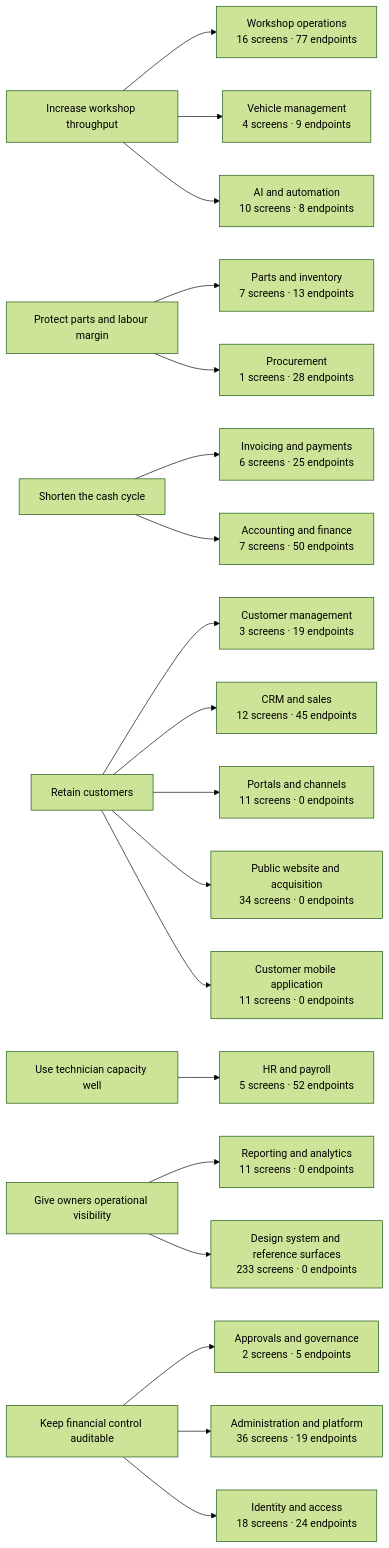
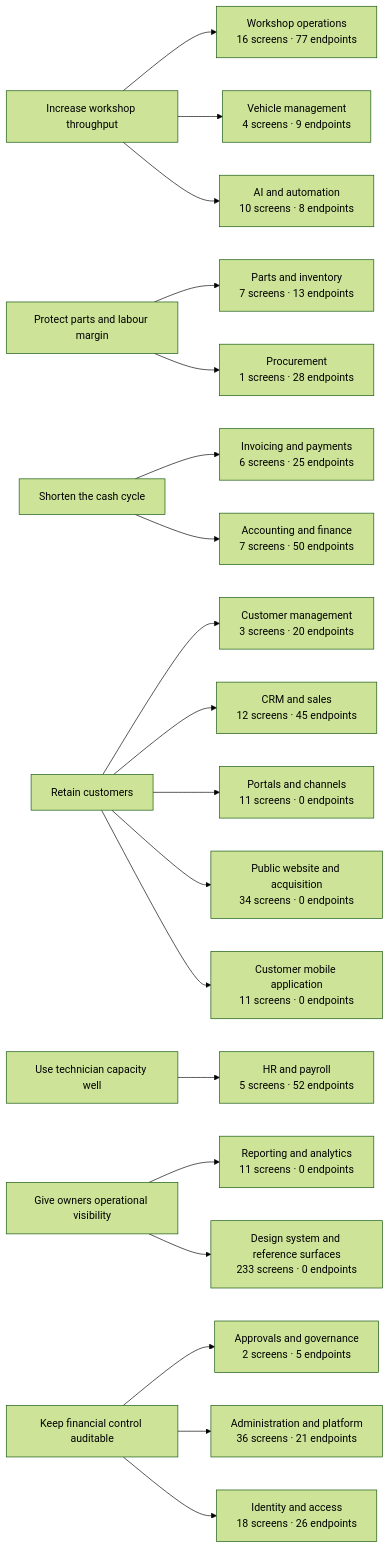
Before and after one commit to tazamohd/SlClNe: the diagram in docs/07_BUSINESS_ANALYSIS/BUSINESS_CAPABILITY_MAP.md, drawn with Mermaid (forest theme). The commit also changed other lines of this file and 46 other files, not shown here.

First line of the commit message:
Add garage-employee and customer-portal-access account creation (Phase A/B)

````diff
--- a/docs/07_BUSINESS_ANALYSIS/BUSINESS_CAPABILITY_MAP.md
+++ b/docs/07_BUSINESS_ANALYSIS/BUSINESS_CAPABILITY_MAP.md
@@ -22,46 +22,46 @@
 ```mermaid
 flowchart LR
   OBJ_THROUGHPUT["Increase workshop throughput"]
   OBJ_MARGIN["Protect parts and labour margin"]
   OBJ_CASH["Shorten the cash cycle"]
   OBJ_RETENTION["Retain customers"]
   OBJ_CAPACITY["Use technician capacity well"]
   OBJ_VISIBILITY["Give owners operational visibility"]
   OBJ_CONTROL["Keep financial control auditable"]
   CAP_WORKSHOP["Workshop operations<br/>16 screens · 77 endpoints"]
   OBJ_THROUGHPUT --> CAP_WORKSHOP
-  CAP_CUSTOMERS["Customer management<br/>3 screens · 19 endpoints"]
+  CAP_CUSTOMERS["Customer management<br/>3 screens · 20 endpoints"]
   OBJ_RETENTION --> CAP_CUSTOMERS
   CAP_VEHICLES["Vehicle management<br/>4 screens · 9 endpoints"]
   OBJ_THROUGHPUT --> CAP_VEHICLES
   CAP_INVENTORY["Parts and inventory<br/>7 screens · 13 endpoints"]
   OBJ_MARGIN --> CAP_INVENTORY
   CAP_PROCUREMENT["Procurement<br/>1 screens · 28 endpoints"]
   OBJ_MARGIN --> CAP_PROCUREMENT
   CAP_BILLING["Invoicing and payments<br/>6 screens · 25 endpoints"]
   OBJ_CASH --> CAP_BILLING
   CAP_ACCOUNTING["Accounting and finance<br/>7 screens · 50 endpoints"]
   OBJ_CASH --> CAP_ACCOUNTING
   CAP_HR["HR and payroll<br/>5 screens · 52 endpoints"]
   OBJ_CAPACITY --> CAP_HR
   CAP_CRM["CRM and sales<br/>12 screens · 45 endpoints"]
   OBJ_RETENTION --> CAP_CRM
   CAP_REPORTING["Reporting and analytics<br/>11 screens · 0 endpoints"]
   OBJ_VISIBILITY --> CAP_REPORTING
   CAP_GOVERNANCE["Approvals and governance<br/>2 screens · 5 endpoints"]
   OBJ_CONTROL --> CAP_GOVERNANCE
   CAP_PORTALS["Portals and channels<br/>11 screens · 0 endpoints"]
   OBJ_RETENTION --> CAP_PORTALS
   CAP_AI["AI and automation<br/>10 screens · 8 endpoints"]
   OBJ_THROUGHPUT --> CAP_AI
-  CAP_PLATFORM["Administration and platform<br/>36 screens · 19 endpoints"]
+  CAP_PLATFORM["Administration and platform<br/>36 screens · 21 endpoints"]
   OBJ_CONTROL --> CAP_PLATFORM
-  CAP_IDENTITY["Identity and access<br/>18 screens · 24 endpoints"]
+  CAP_IDENTITY["Identity and access<br/>18 screens · 26 endpoints"]
   OBJ_CONTROL --> CAP_IDENTITY
   CAP_WEBSITE["Public website and acquisition<br/>34 screens · 0 endpoints"]
   OBJ_RETENTION --> CAP_WEBSITE
   CAP_CUSTOMERAPP["Customer mobile application<br/>11 screens · 0 endpoints"]
   OBJ_RETENTION --> CAP_CUSTOMERAPP
   CAP_DESIGNSYSTEM["Design system and reference surfaces<br/>233 screens · 0 endpoints"]
   OBJ_VISIBILITY --> CAP_DESIGNSYSTEM
 ```
````
